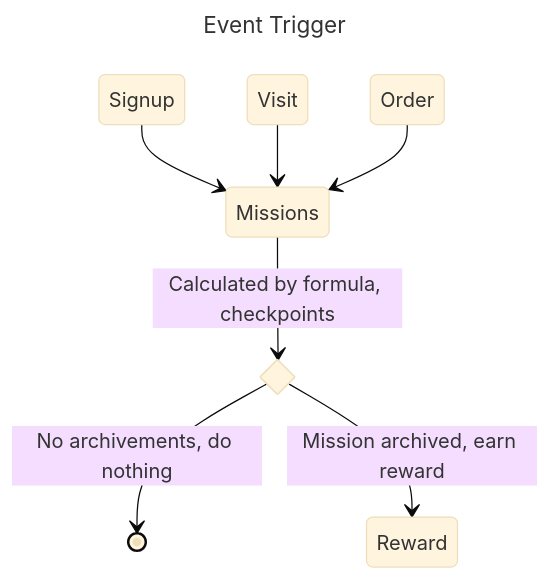
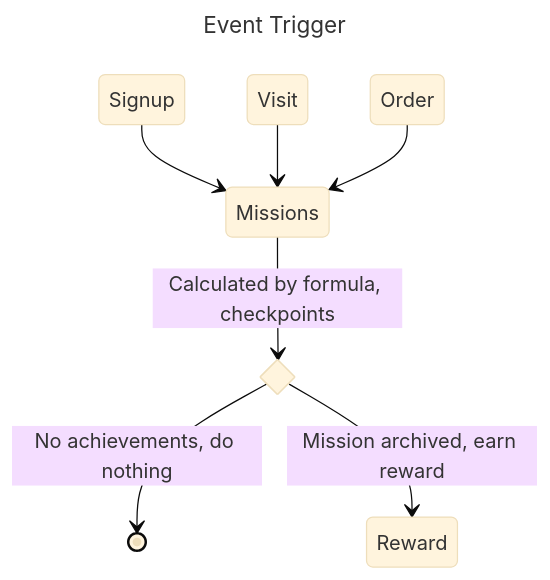
Before and after one commit to juicyapp/loyalty-engine-module-doc: the third of 4 diagrams in what-is-loyalty-engine.md, drawn with Mermaid (base theme). The commit also changed other lines of this file and 12 other files, not shown here.

```````diff
--- a/what-is-loyalty-engine.md
+++ b/what-is-loyalty-engine.md
@@ -85,13 +85,13 @@
 ```mermaid
 ---
 title: Event Trigger
 ---
 stateDiagram-v2
     state is_mission_archive <<choice>>
     Signup --> Missions
     Visit --> Missions
     Order --> Missions
     Missions --> is_mission_archive: Calculated by formula, checkpoints
-    is_mission_archive --> [*]: No archivements, do nothing
+    is_mission_archive --> [*]: No achievements, do nothing
     is_mission_archive --> Reward: Mission archived, earn reward
 ``````
```````
